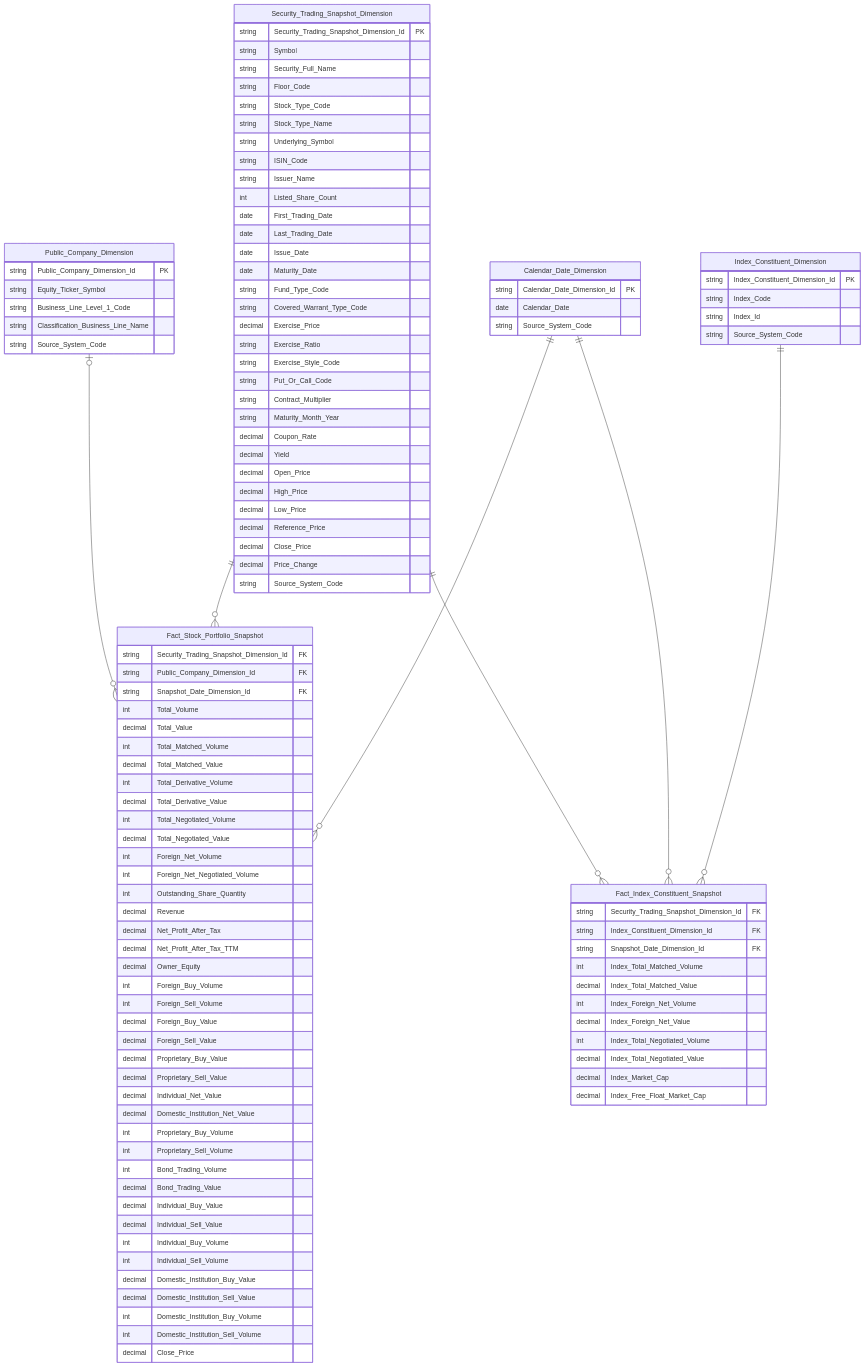
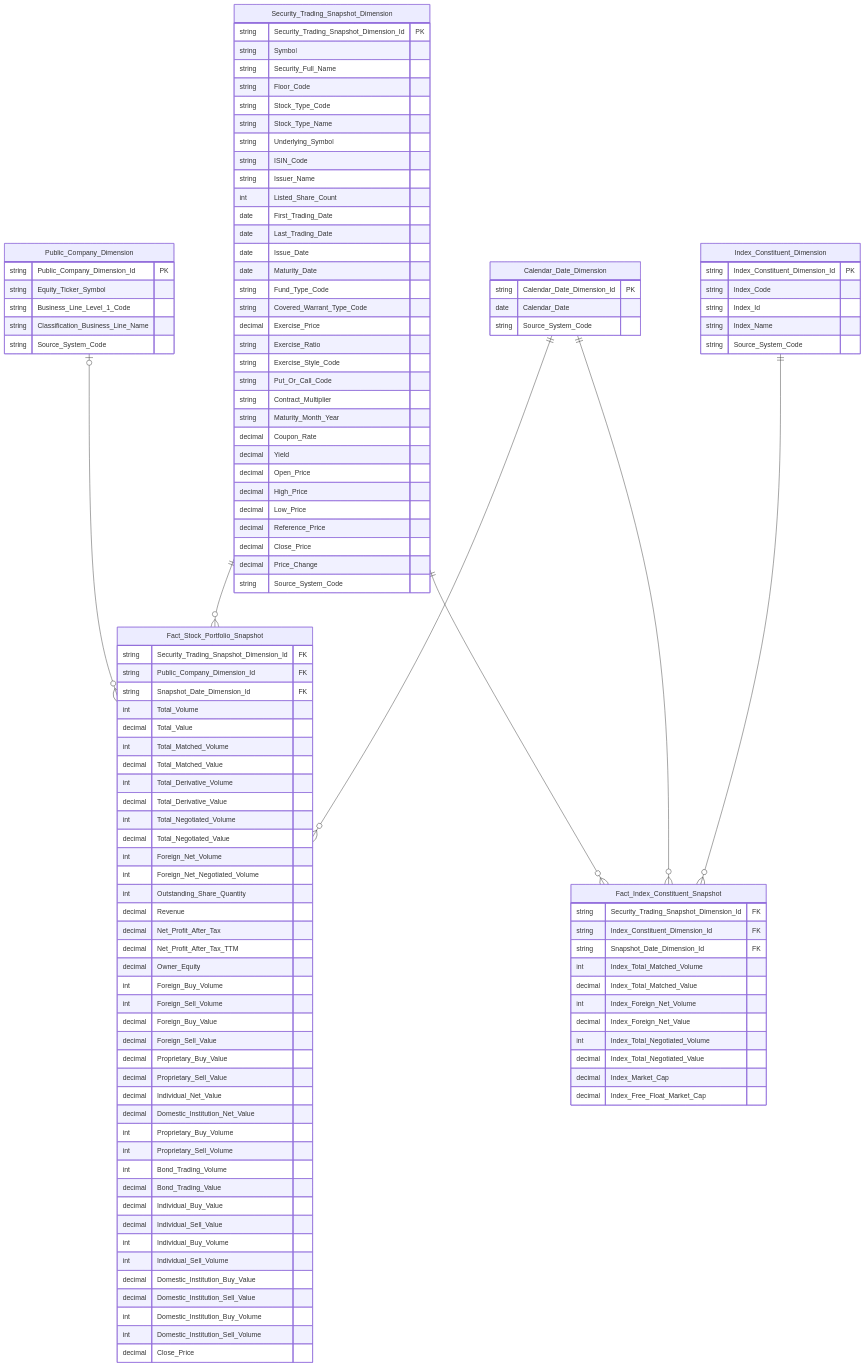
The sixth of 46 diagrams in Datamart/hld/DTM_GSTT_HLD.md (linhlvit/ubck_atomic_design), drawn with Mermaid before and after one commit. The commit also changed other lines of this file and 5 other files, not shown here.

First line of the commit message:
feat(GSTT): bo sung Index Name cho Index Constituent Dimension

```diff
--- a/Datamart/hld/DTM_GSTT_HLD.md
+++ b/Datamart/hld/DTM_GSTT_HLD.md
@@ -277,6 +283,7 @@
         string Index_Constituent_Dimension_Id PK
         string Index_Code
         string Index_Id
+        string Index_Name
         string Source_System_Code
     }
     Fact_Index_Constituent_Snapshot {
```
